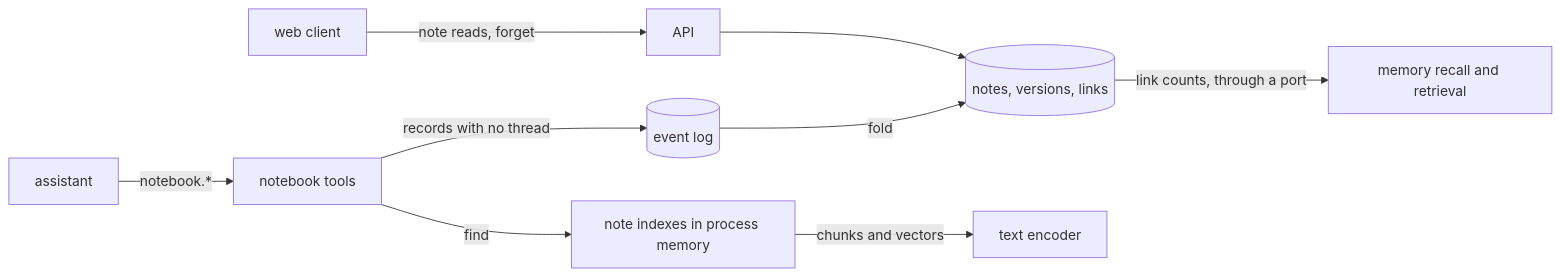
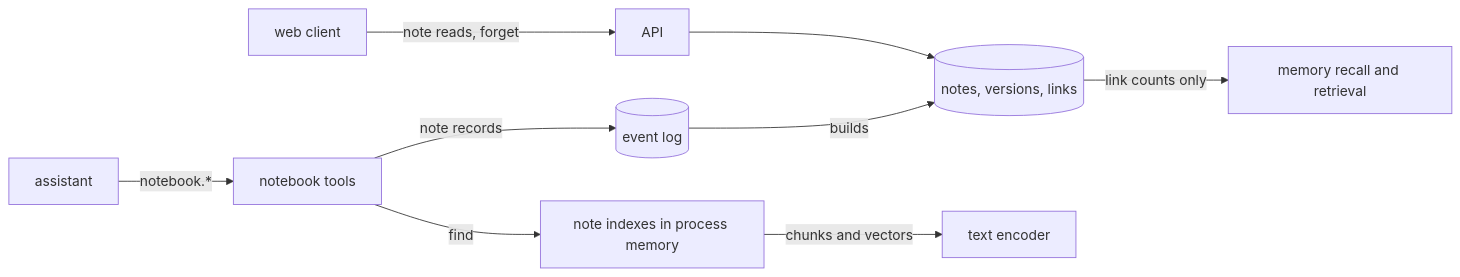
One commit to zgeoff/nixie changed the diagram in docs/design/queue/notebook.md. Above: the diagram before and after it, drawn with Mermaid. The commit also changed other lines of this file, not shown here.

````diff
--- a/docs/design/queue/notebook.md
+++ b/docs/design/queue/notebook.md
@@ -19,11 +22,11 @@
 ```mermaid
 flowchart LR
   model[assistant] -->|"notebook.*"| tools[notebook tools]
-  tools -->|"records with no thread"| log[(event log)]
-  log -->|"fold"| tables[(notes, versions, links)]
+  tools -->|"note records"| log[(event log)]
+  log -->|"builds"| tables[(notes, versions, links)]
   tools -->|"find"| index[note indexes in process memory]
   index -->|"chunks and vectors"| encoder[text encoder]
-  tables -->|"link counts, through a port"| memory[memory recall and retrieval]
+  tables -->|"link counts only"| memory[memory recall and retrieval]
   web[web client] -->|"note reads, forget"| api[API]
   api --> tables
 ```
````
